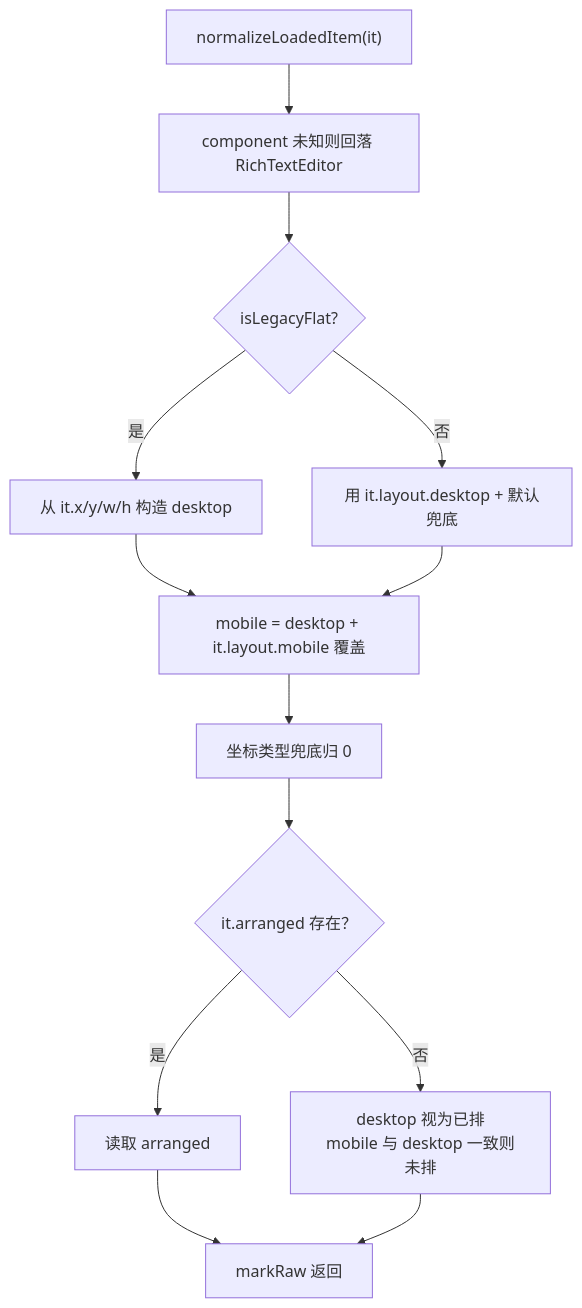
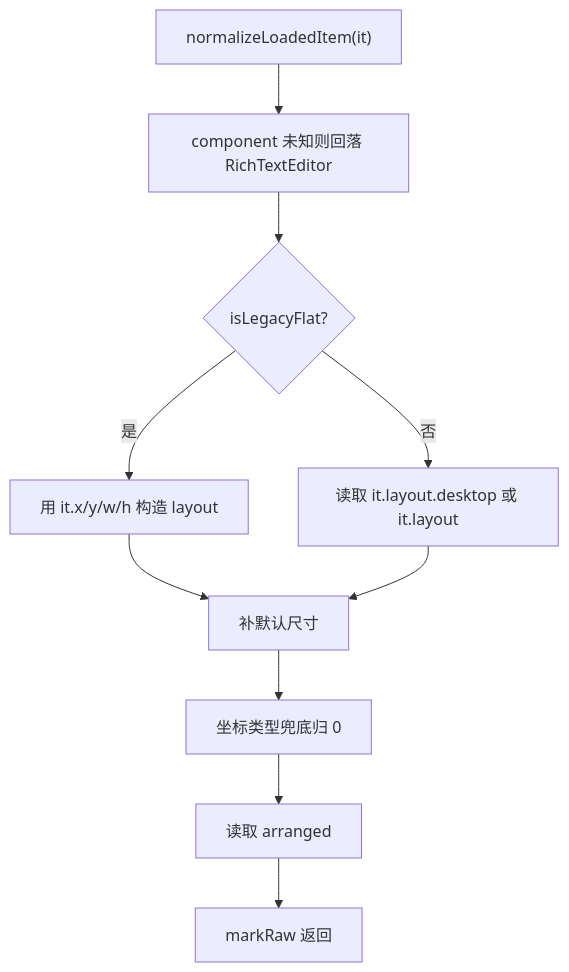
Before and after one commit to LogicAurora/Mindrizzle: the third of 5 diagrams in src/docs/flow/08-save-load.md, drawn with Mermaid. The commit also changed other lines of this file and 12 other files, not shown here.

````diff
--- a/src/docs/flow/08-save-load.md
+++ b/src/docs/flow/08-save-load.md
@@ -44,15 +40,12 @@
 ```mermaid
 flowchart TD
   A["normalizeLoadedItem(it)"] --> B["component 未知则回落 RichTextEditor"]
   B --> C{"isLegacyFlat?"}
-  C -->|是| D["从 it.x/y/w/h 构造 desktop"]
-  C -->|否| E["用 it.layout.desktop + 默认兜底"]
-  D --> F["mobile = desktop + it.layout.mobile 覆盖"]
+  C -->|是| D["用 it.x/y/w/h 构造 layout"]
+  C -->|否| E["读取 it.layout.desktop 或 it.layout"]
+  D --> F["补默认尺寸"]
   E --> F
   F --> G["坐标类型兜底归 0"]
-  G --> H{"it.arranged 存在？"}
-  H -->|是| I["读取 arranged"]
-  H -->|否| J["desktop 视为已排<br/>mobile 与 desktop 一致则未排"]
-  I --> K["markRaw 返回"]
-  J --> K
+  G --> H["读取 arranged"]
+  H --> I["markRaw 返回"]
 ```
````
